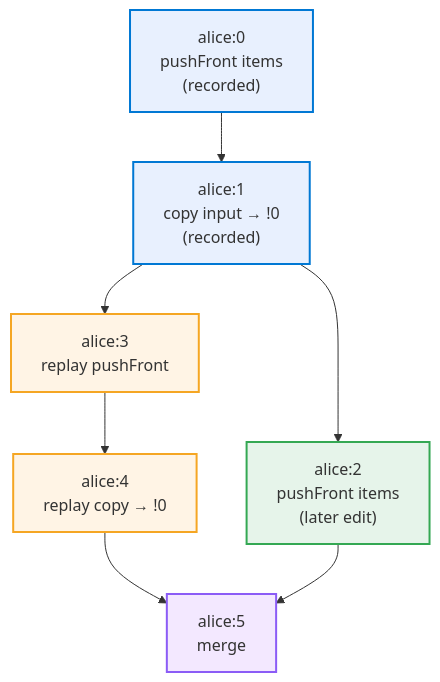
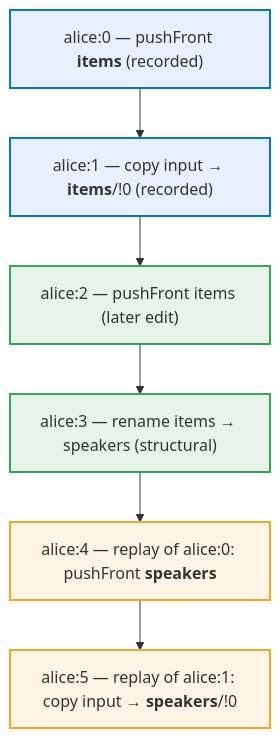
The diagram in img/replay.mmd (krsion/master-thesis), drawn with Mermaid before and after one commit. The commit also changed 2 other files, not shown here.

Commit message:
Fix replay explanation: linear DAG, not fork; add quadratic cost note
Replay traverses full history, captures source edit, transforms
through later structural edits, commits at current frontier.
Not a DAG fork. Quadratic cost for replay-heavy histories noted
as limitation with forward reference to future work.

```diff
--- a/img/replay.mmd
+++ b/img/replay.mmd
@@ -1,25 +1,17 @@
 %%{init: {'themeVariables': {'fontFamily': 'monospace'}}}%%
 graph TB
-    E0["alice:0<br/>pushFront items<br/>(recorded)"]
-    E1["alice:1<br/>copy input → !0<br/>(recorded)"]
+    E0["alice:0 — pushFront <b>items</b> (recorded)"]
+    E1["alice:1 — copy input → <b>items</b>/!0 (recorded)"]
+    E2["alice:2 — pushFront items (later edit)"]
+    E3["alice:3 — rename items → speakers (structural)"]
+    R0["alice:4 — replay of alice:0: pushFront <b>speakers</b>"]
+    R1["alice:5 — replay of alice:1: copy input → <b>speakers</b>/!0"]
 
-    E2["alice:2<br/>pushFront items<br/>(later edit)"]
-
-    R0["alice:3<br/>replay pushFront"]
-    R1["alice:4<br/>replay copy → !0"]
-
-    MERGE["alice:5<br/>merge"]
-
-    E0 --> E1
-    E1 --> E2
-    E1 --> R0
-    R0 --> R1
-    R1 --> MERGE
-    E2 --> MERGE
+    E0 --> E1 --> E2 --> E3 --> R0 --> R1
 
     style E0 fill:#e8f0fe,stroke:#0078d4,stroke-width:2px
     style E1 fill:#e8f0fe,stroke:#0078d4,stroke-width:2px
     style E2 fill:#e6f4ea,stroke:#34a853,stroke-width:2px
+    style E3 fill:#e6f4ea,stroke:#34a853,stroke-width:2px
     style R0 fill:#fff4e5,stroke:#f5a623,stroke-width:2px
     style R1 fill:#fff4e5,stroke:#f5a623,stroke-width:2px
-    style MERGE fill:#f3e8ff,stroke:#8b5cf6,stroke-width:2px
```
